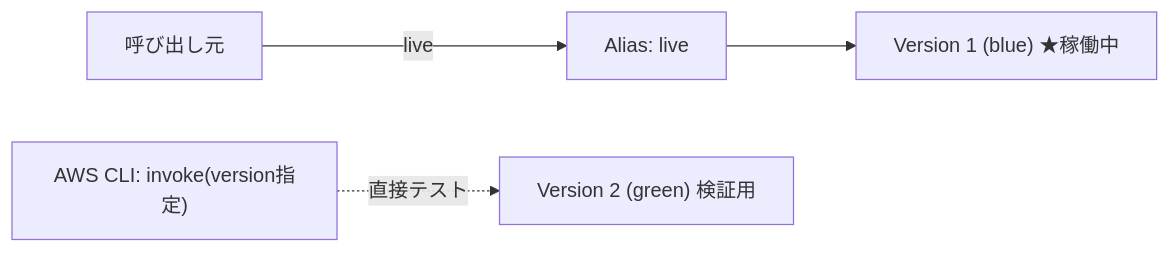
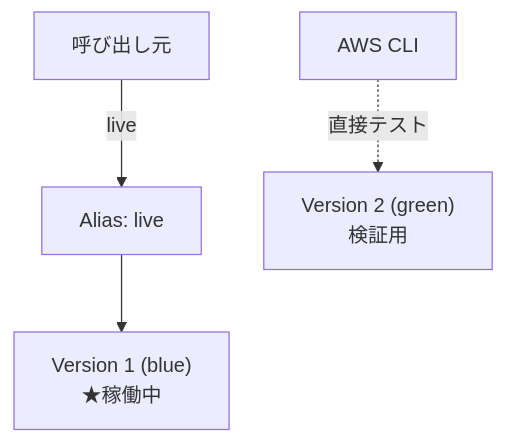
One commit to takyafumin/aws-lambada-blue-green-deploy changed the third of 4 diagrams in docs/PLAN.md. Above: the diagram before and after it, drawn with Mermaid. The commit also changed other lines of this file, not shown here.

First line of the commit message:
Mermaid図を見やすく整理(subgraph廃止、TD方向に変更)

````diff
--- a/docs/PLAN.md
+++ b/docs/PLAN.md
@@ -125,7 +109,6 @@
 ```mermaid
-flowchart LR
+flowchart TD
     Caller1["呼び出し元"] -->|live| Alias1["Alias: live"]
-    Alias1 --> V1a["Version 1 (blue) ★稼働中"]
-    V2a["Version 2 (green) 検証用"]
-    CLI1["AWS CLI: invoke(version指定)"] -. 直接テスト .-> V2a
+    Alias1 --> V1a["Version 1 (blue)<br/>★稼働中"]
+    CLI1["AWS CLI"] -. "直接テスト" .-> V2a["Version 2 (green)<br/>検証用"]
 ```
````
